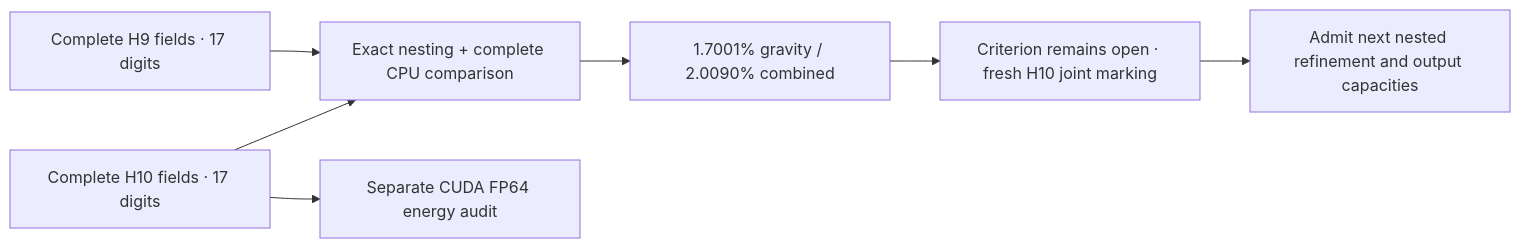
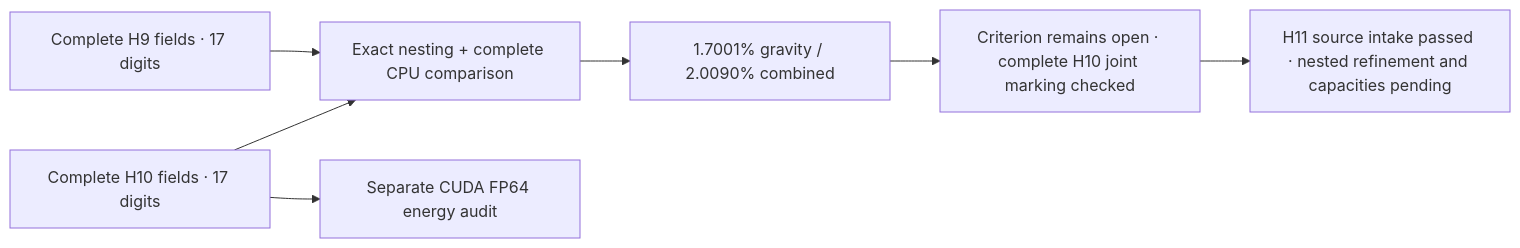
Before and after one commit to cluster2600/porscheparts: the diagram in docs/reports/carrier-h10-native-results-20261107.md, drawn with Mermaid. The commit also changed other lines of this file and 7 other files, not shown here.

Commit message:
Document complete H10 marking and current carrier support checks

````diff
--- a/docs/reports/carrier-h10-native-results-20261107.md
+++ b/docs/reports/carrier-h10-native-results-20261107.md
@@ -28,9 +41,9 @@
 ```mermaid
 flowchart LR
     H9["Complete H9 fields · 17 digits"] --> COMP["Exact nesting + complete CPU comparison"]
     H10["Complete H10 fields · 17 digits"] --> COMP
     H10 --> GPU["Separate CUDA FP64 energy audit"]
     COMP --> RESULT["1.7001% gravity / 2.0090% combined"]
-    RESULT --> NEXT["Criterion remains open · fresh H10 joint marking"]
-    NEXT --> H11["Admit next nested refinement and output capacities"]
+    RESULT --> NEXT["Criterion remains open · complete H10 joint marking checked"]
+    NEXT --> H11["H11 source intake passed · nested refinement and capacities pending"]
 ```
````
